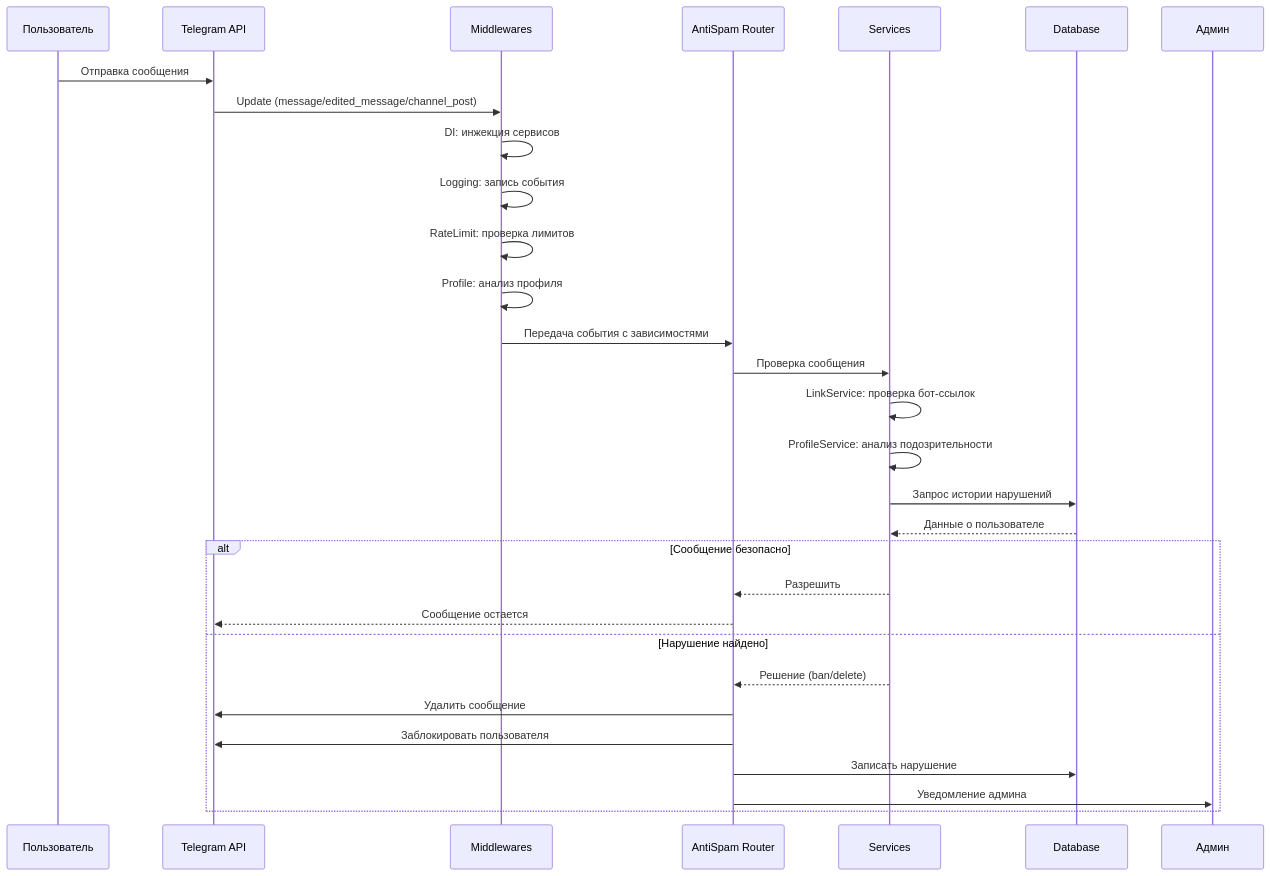
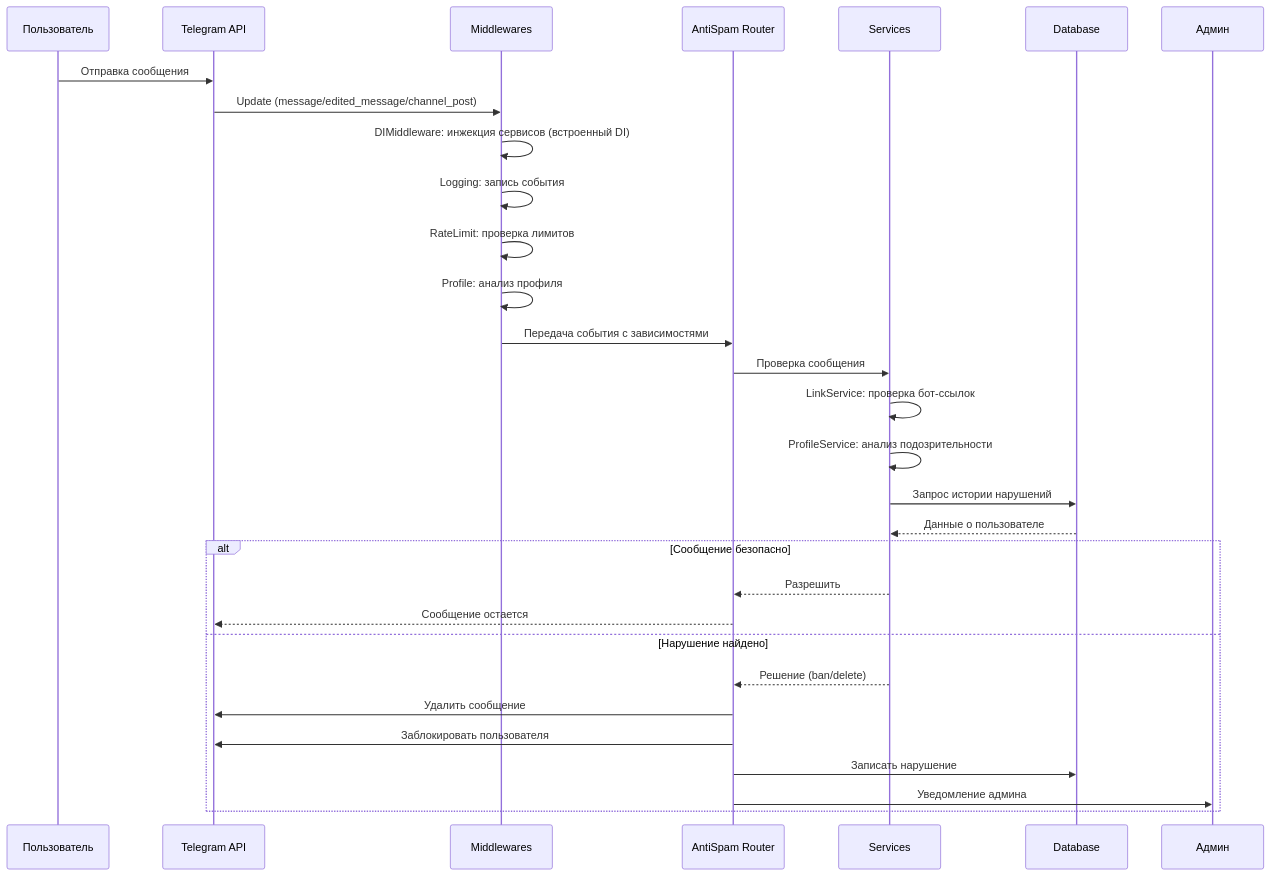
Before and after one commit to ncux-ad/Flame_Of_Styx_bot: the second of 2 diagrams in docs/ARCHITECTURE.md, drawn with Mermaid. The commit also changed other lines of this file and 4 other files, not shown here.

````diff
--- a/docs/ARCHITECTURE.md
+++ b/docs/ARCHITECTURE.md
@@ -92,37 +92,37 @@
 ```mermaid
 sequenceDiagram
     participant U as Пользователь
     participant TG as Telegram API
     participant MW as Middlewares
     participant AR as AntiSpam Router
     participant S as Services
     participant DB as Database
     participant A as Админ
 
     U->>TG: Отправка сообщения
     TG->>MW: Update (message/edited_message/channel_post)
     
-    MW->>MW: DI: инжекция сервисов
+    MW->>MW: DIMiddleware: инжекция сервисов (встроенный DI)
     MW->>MW: Logging: запись события
     MW->>MW: RateLimit: проверка лимитов
     MW->>MW: Profile: анализ профиля
     
     MW->>AR: Передача события с зависимостями
     
     AR->>S: Проверка сообщения
     S->>S: LinkService: проверка бот-ссылок
     S->>S: ProfileService: анализ подозрительности
     S->>DB: Запрос истории нарушений
     DB-->>S: Данные о пользователе
     
     alt Сообщение безопасно
         S-->>AR: Разрешить
         AR-->>TG: Сообщение остается
     else Нарушение найдено
         S-->>AR: Решение (ban/delete)
         AR->>TG: Удалить сообщение
         AR->>TG: Заблокировать пользователя
         AR->>DB: Записать нарушение
         AR->>A: Уведомление админа
     end
 ```
````
